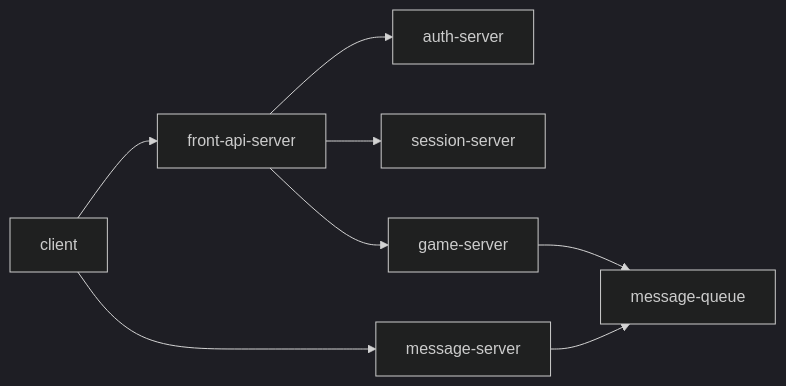
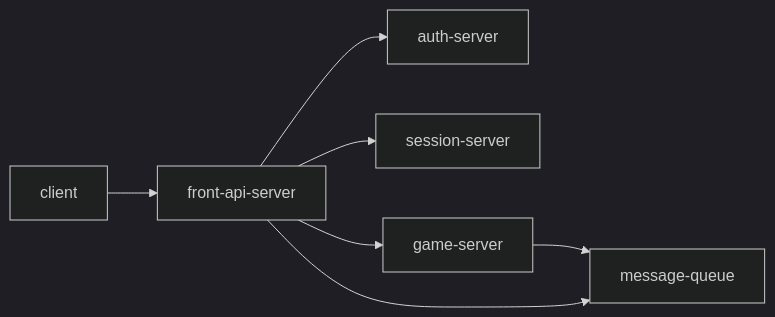
The diagram in README.md (ch3224bin/mud-mk1), drawn with Mermaid (dark theme) before and after one commit. The commit also changed other lines of this file, not shown here.

Commit message:
docs: README.md 업데이트

````diff
--- a/README.md
+++ b/README.md
@@ -5,10 +5,9 @@
 ```mermaid
 graph LR;
     client-->front-api-server;
     front-api-server-->auth-server;
     front-api-server-->session-server;
     front-api-server-->game-server;
     game-server-->message-queue;
-    message-server-->message-queue;
-    client-->message-server;
+    front-api-server-->message-queue;
 ```
````
